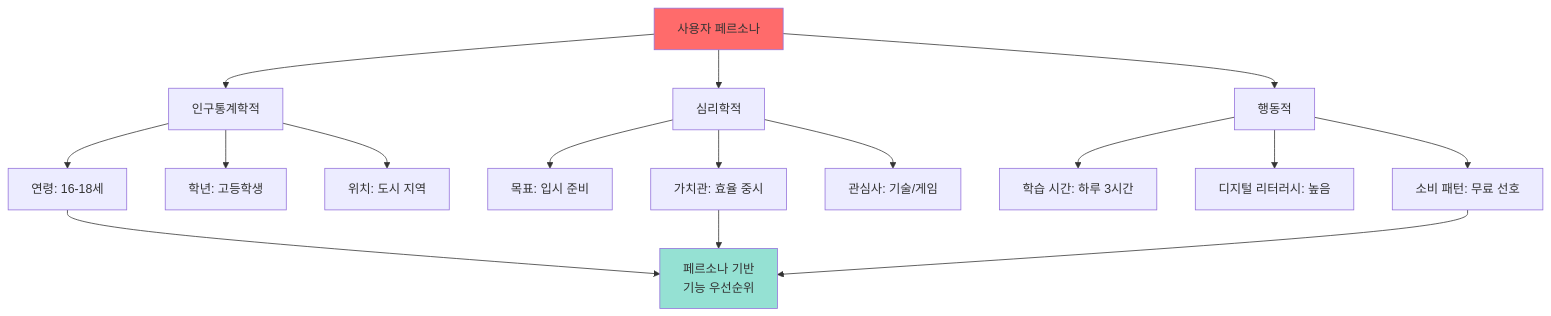
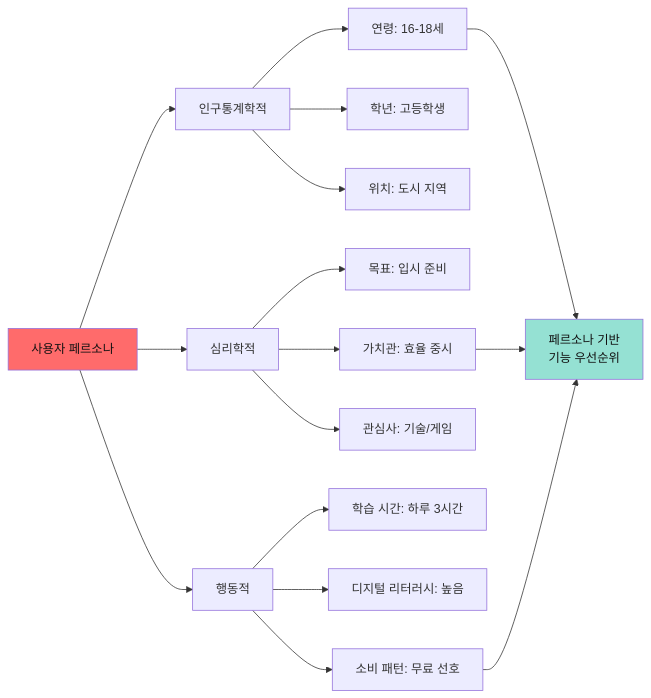
One commit to Collegenie-X/AI-Vive-Coding changed the ninth of 31 diagrams in Docs/AI교육_가상환경_비즈니스_중심_프로그램.md. Above: the diagram before and after it, drawn with Mermaid. The commit also changed other lines of this file, not shown here.

````diff
--- a/Docs/AI교육_가상환경_비즈니스_중심_프로그램.md
+++ b/Docs/AI교육_가상환경_비즈니스_중심_프로그램.md
@@ -331,25 +331,25 @@
 ```mermaid
-graph TD
+graph LR
     Persona[사용자 페르소나] --> P1[인구통계학적]
     Persona --> P2[심리학적]
     Persona --> P3[행동적]
     
     P1 --> P1_1[연령: 16-18세]
     P1 --> P1_2[학년: 고등학생]
     P1 --> P1_3[위치: 도시 지역]
     
     P2 --> P2_1[목표: 입시 준비]
     P2 --> P2_2[가치관: 효율 중시]
     P2 --> P2_3[관심사: 기술/게임]
     
     P3 --> P3_1[학습 시간: 하루 3시간]
     P3 --> P3_2[디지털 리터러시: 높음]
     P3 --> P3_3[소비 패턴: 무료 선호]
     
     P1_1 --> Action[페르소나 기반<br/>기능 우선순위]
     P2_2 --> Action
     P3_3 --> Action
     
-    style Persona fill:#ff6b6b
-    style Action fill:#95e1d3
+    style Persona fill:#ff6b6b,color:#111
+    style Action fill:#95e1d3,color:#111
 ```
````
